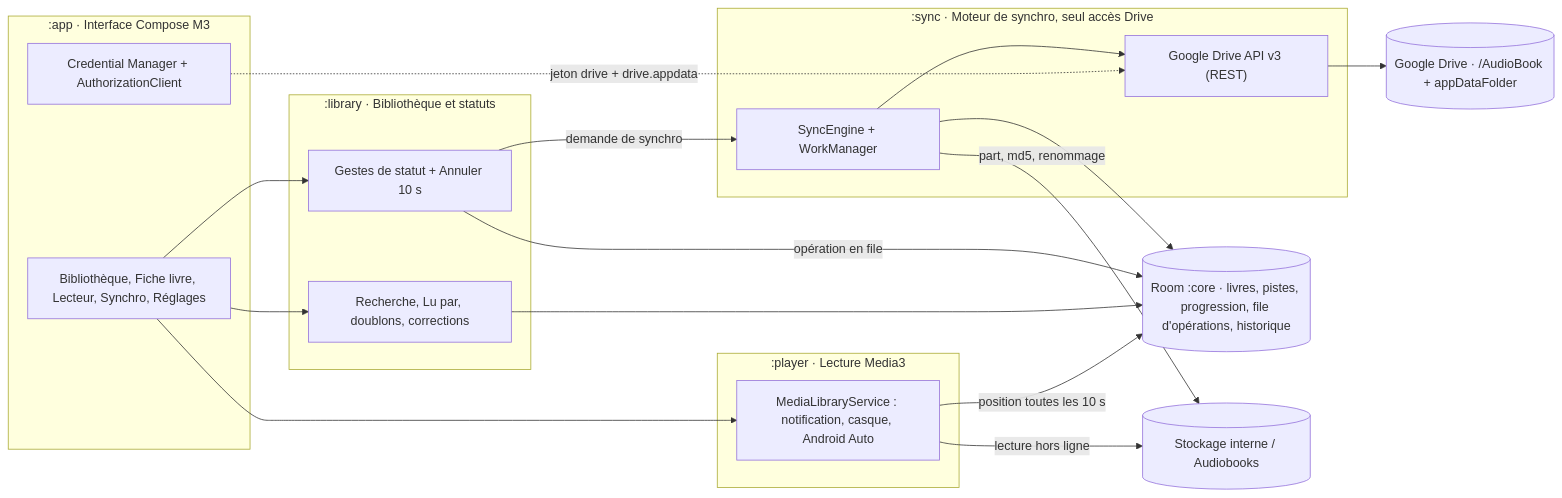
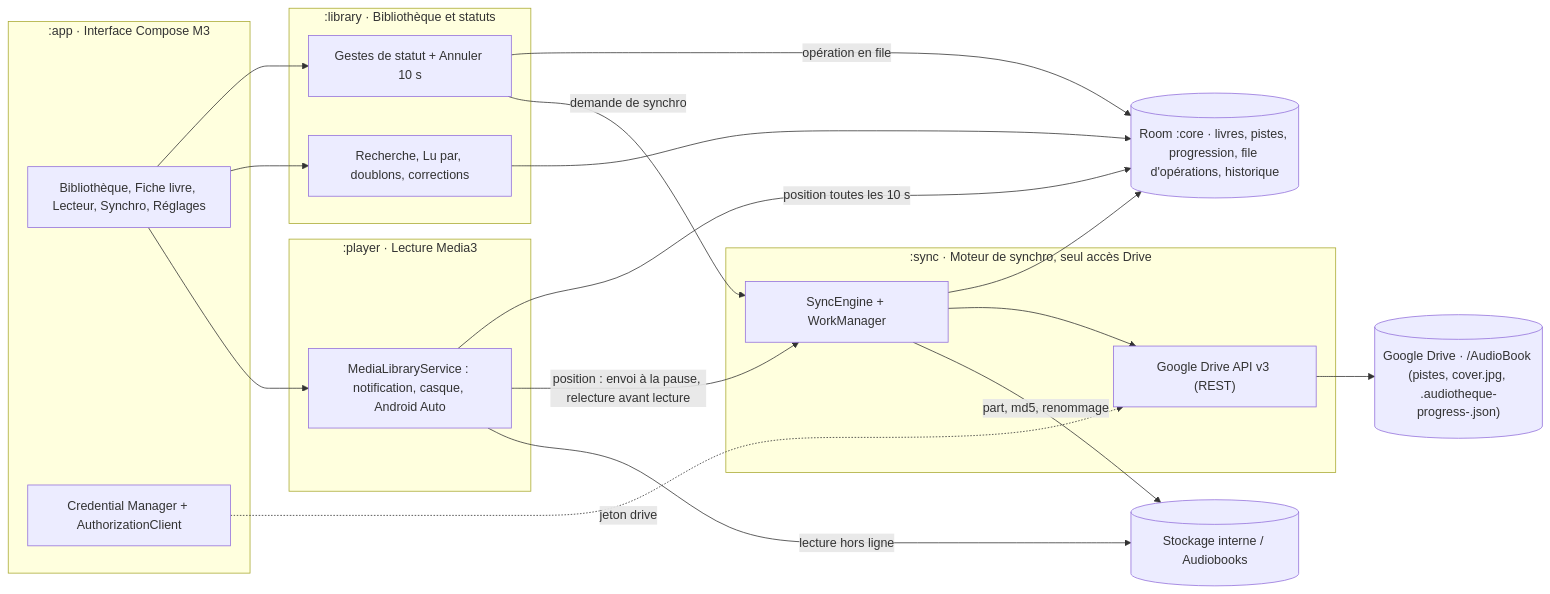
The diagram in README.md (julienmiquel/audiobook-gdrive), drawn with Mermaid before and after one commit. The commit also changed other lines of this file and 51 other files, not shown here.

Commit message:
feat: Android Auto, préréglages audio DSP, synchro progression Drive et barre livre en lecture seule

````diff
--- a/README.md
+++ b/README.md
@@ -88,35 +145,36 @@
 ```mermaid
 flowchart LR
     subgraph APP[":app · Interface Compose M3"]
         UI["Bibliothèque, Fiche livre, Lecteur, Synchro, Réglages"]
         AUTH["Credential Manager + AuthorizationClient"]
     end
     subgraph LIB[":library · Bibliothèque et statuts"]
         GEST["Gestes de statut + Annuler 10 s"]
         REPO["Recherche, Lu par, doublons, corrections"]
     end
     subgraph PLAY[":player · Lecture Media3"]
         SVC["MediaLibraryService : notification, casque, Android Auto"]
     end
     subgraph SYNC[":sync · Moteur de synchro, seul accès Drive"]
         ENG["SyncEngine + WorkManager"]
         API["Google Drive API v3 (REST)"]
     end
     DB[("Room :core · livres, pistes, progression, file d'opérations, historique")]
-    GD[("Google Drive · /AudioBook + appDataFolder")]
+    GD[("Google Drive · /AudioBook (pistes, cover.jpg, .audiotheque-progress-<compte>.json)")]
     FS[("Stockage interne / Audiobooks")]
 
     UI --> GEST
     UI --> REPO
     UI --> SVC
     GEST -- "opération en file" --> DB
     GEST -- "demande de synchro" --> ENG
     REPO --> DB
     SVC -- "position toutes les 10 s" --> DB
+    SVC -- "position : envoi à la pause, relecture avant lecture" --> ENG
     SVC -- "lecture hors ligne" --> FS
     ENG --> DB
     ENG --> API
     API --> GD
     ENG -- "part, md5, renommage" --> FS
-    AUTH -. "jeton drive + drive.appdata" .-> API
+    AUTH -. "jeton drive" .-> API
 ```
````
